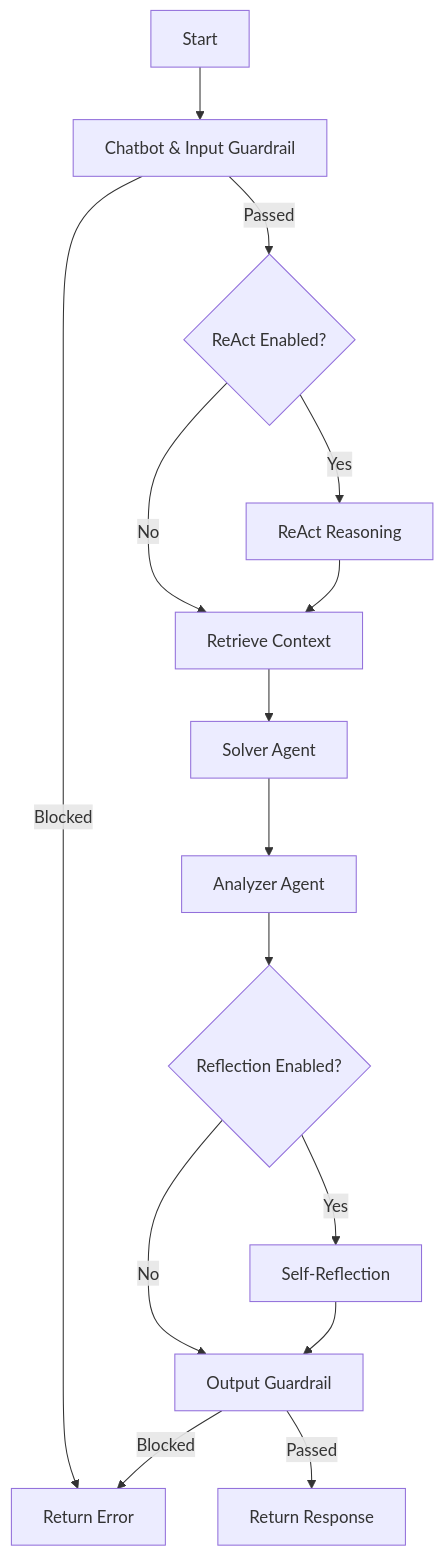
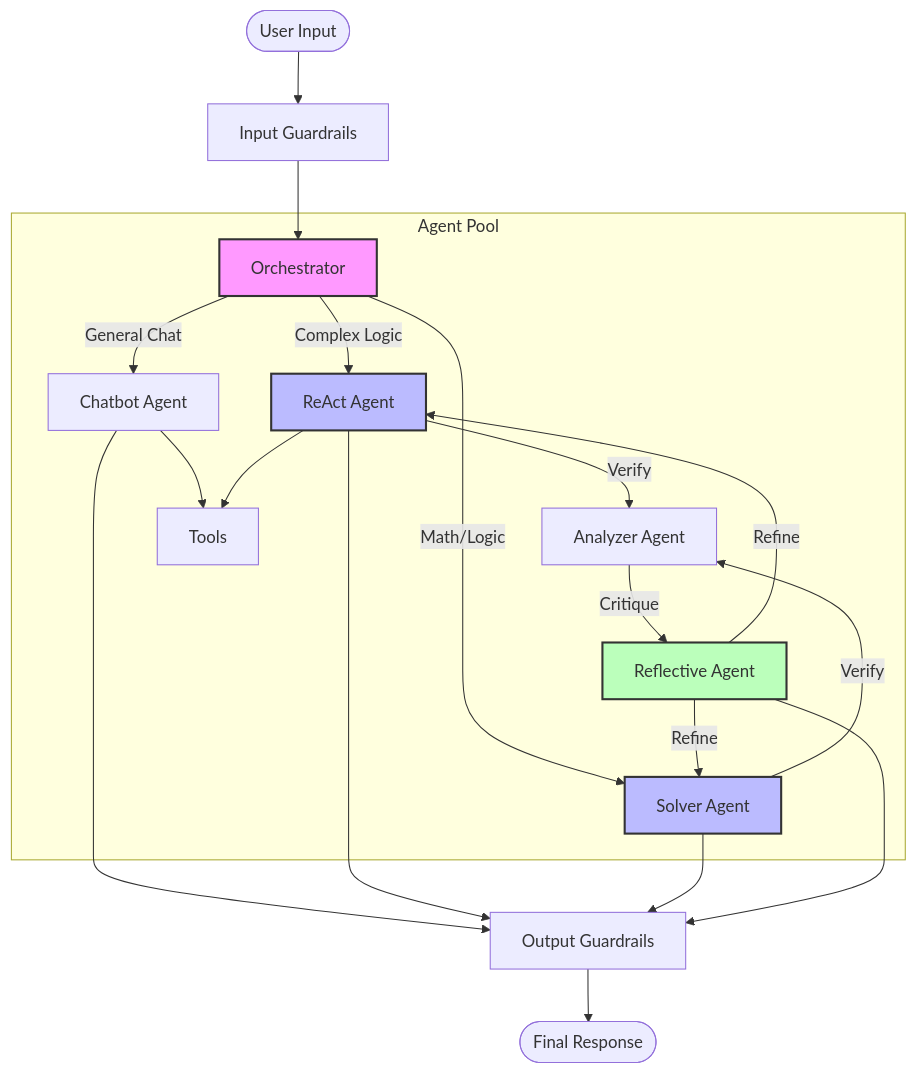
One commit to MissoumYoucef/Multi-Agent-LLM-AI-System changed the diagram in README.md. Above: the diagram before and after it, drawn with Mermaid. The commit also changed other lines of this file, not shown here.

````diff
--- a/README.md
+++ b/README.md
@@ -161,17 +59,33 @@
 ```mermaid
 graph TD
-    A[Start] --> B[Chatbot & Input Guardrail]
-    B -->|Blocked| Z[Return Error]
-    B -->|Passed| C{ReAct Enabled?}
-    C -->|Yes| D[ReAct Reasoning]
-    C -->|No| E[Retrieve Context]
-    D --> E
-    E --> F[Solver Agent]
-    F --> G[Analyzer Agent]
-    G --> H{Reflection Enabled?}
-    H -->|Yes| I[Self-Reflection]
-    H -->|No| J[Output Guardrail]
-    I --> J
-    J -->|Passed| K[Return Response]
-    J -->|Blocked| Z
+    User([User Input]) --> G_In[Input Guardrails]
+    G_In --> Orch[Orchestrator]
+    
+    subgraph "Agent Pool"
+        Orch -->|General Chat| Chat[Chatbot Agent]
+        Orch -->|Complex Logic| React[ReAct Agent]
+        Orch -->|Math/Logic| Solver[Solver Agent]
+        
+        React -->|Verify| Ana[Analyzer Agent]
+        Solver -->|Verify| Ana
+        
+        Ana -->|Critique| Refl[Reflective Agent]
+        Refl -->|Refine| React
+        Refl -->|Refine| Solver
+        
+        Chat --> Tools[Tools]
+        React --> Tools
+    end
+    
+    Chat --> G_Out[Output Guardrails]
+    React --> G_Out
+    Solver --> G_Out
+    Refl --> G_Out
+    
+    G_Out --> Final([Final Response])
+    
+    style Orch fill:#f9f,stroke:#333,stroke-width:2px
+    style React fill:#bbf,stroke:#333,stroke-width:2px
+    style Solver fill:#bbf,stroke:#333,stroke-width:2px
+    style Refl fill:#bfb,stroke:#333,stroke-width:2px
 ```
````
